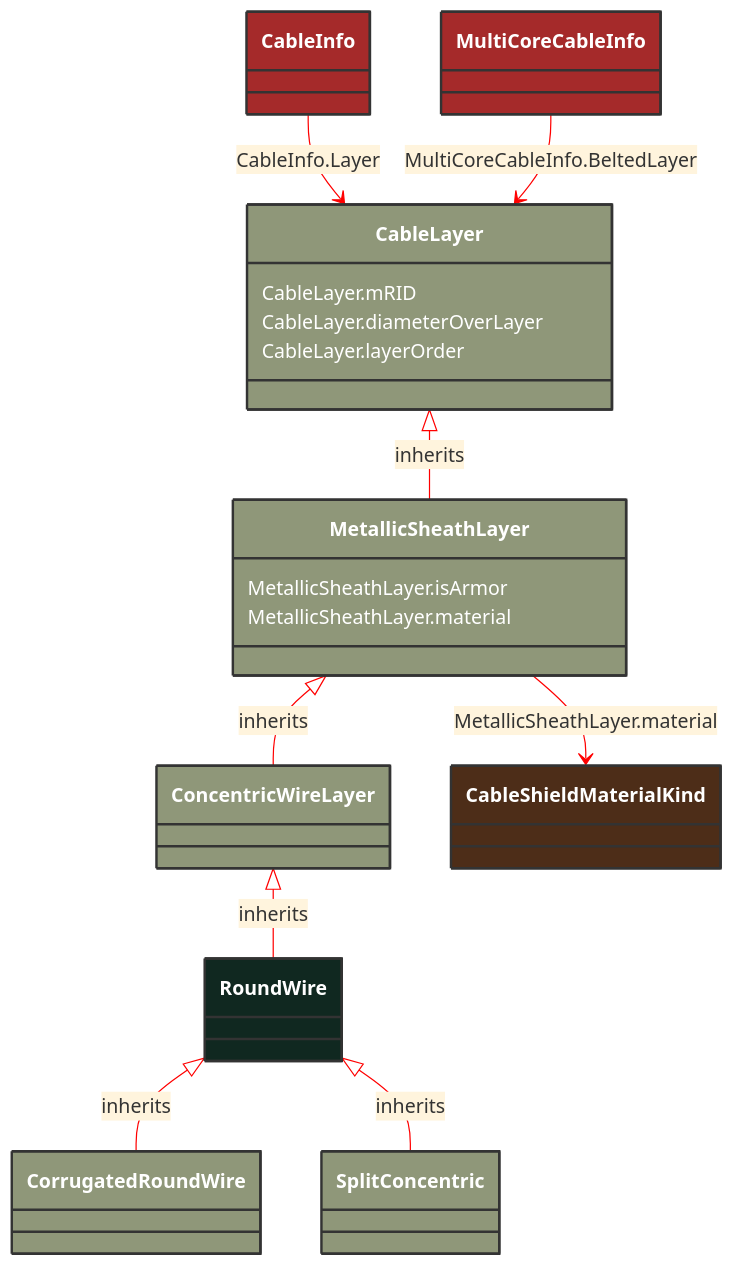
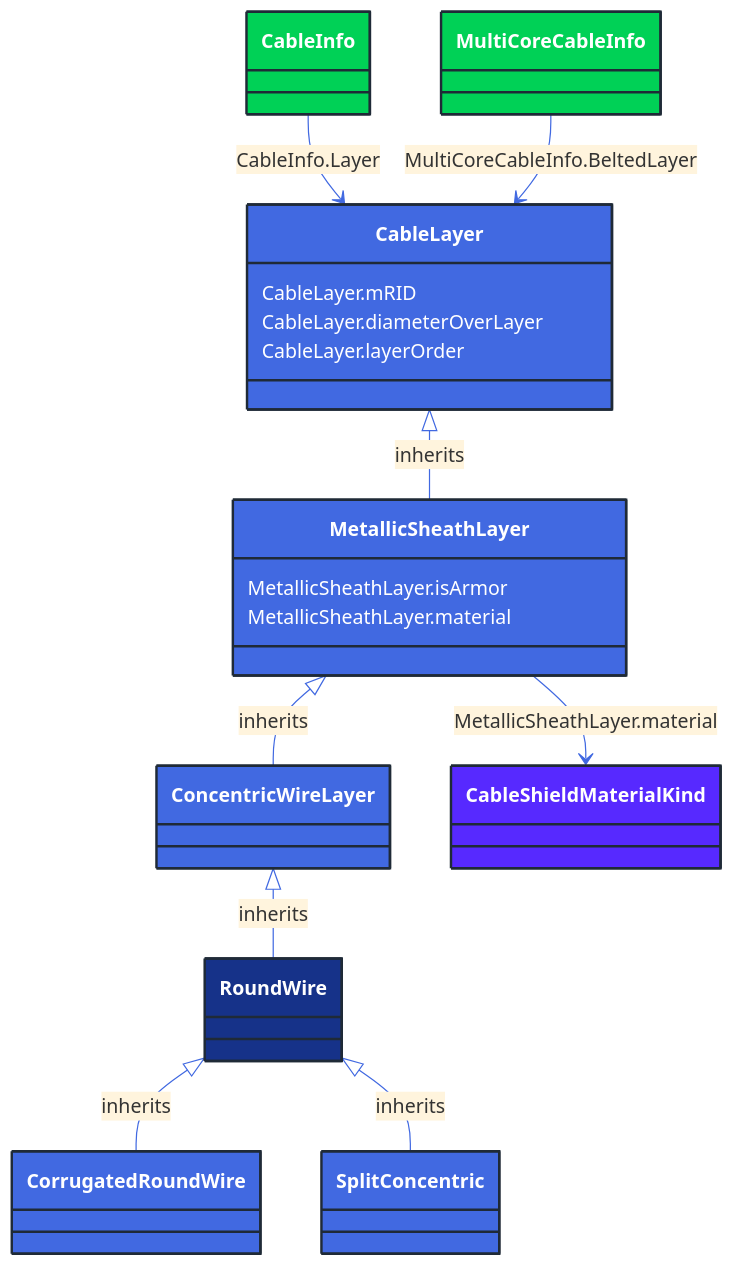
The diagram in docs/Models/Profiles/SubseaCableInfo/ConcreteClasses/RoundWire.md (3lbits/NoCIMExtensions), drawn with Mermaid before and after one commit. The commit also changed 362 other files, not shown here.

First line of the commit message:
Update diagrams and styles for improved visual consistency

````diff
--- a/docs/Models/Profiles/SubseaCableInfo/ConcreteClasses/RoundWire.md
+++ b/docs/Models/Profiles/SubseaCableInfo/ConcreteClasses/RoundWire.md
@@ -8,56 +8,56 @@
 ```mermaid
-%%{init: {'theme':'base','themeVariables': {'lineColor': '#FF0000'}}}%%
+%%{init: {'theme':'base','themeVariables': {'lineColor': '#4169E1'}}}%%
 classDiagram
     class RoundWire
     click RoundWire href "/Models/Profiles/SubseaCableInfo/ConcreteClasses/RoundWire/"
-    style RoundWire fill:#102820,stroke:#333,stroke-width:2px,rx:10,ry:10,color:white
+    style RoundWire fill:#163289,stroke:#1F2A37,stroke-width:2px,rx:10,ry:10,color:white
 
         RoundWire <|-- CorrugatedRoundWire : inherits
 
         CorrugatedRoundWire
             click CorrugatedRoundWire href "/Models/Profiles/SubseaCableInfo/ConcreteClasses/CorrugatedRoundWire/"
-            style CorrugatedRoundWire fill:#8F9779,stroke:#333,stroke-width:2px,rx:10,ry:10,color:white
+            style CorrugatedRoundWire fill:#4169E1,stroke:#1F2A37,stroke-width:2px,rx:10,ry:10,color:white
 
         RoundWire <|-- SplitConcentric : inherits
 
         SplitConcentric
             click SplitConcentric href "/Models/Profiles/SubseaCableInfo/ConcreteClasses/SplitConcentric/"
-            style SplitConcentric fill:#8F9779,stroke:#333,stroke-width:2px,rx:10,ry:10,color:white
+            style SplitConcentric fill:#4169E1,stroke:#1F2A37,stroke-width:2px,rx:10,ry:10,color:white
      
         ConcentricWireLayer <|-- RoundWire : inherits
             click ConcentricWireLayer href "/Models/Profiles/SubseaCableInfo/ConcreteClasses/ConcentricWireLayer/"
-            style ConcentricWireLayer fill:#8F9779,stroke:#333,stroke-width:2px,rx:10,ry:10,color:white
+            style ConcentricWireLayer fill:#4169E1,stroke:#1F2A37,stroke-width:2px,rx:10,ry:10,color:white
      
         MetallicSheathLayer <|-- ConcentricWireLayer : inherits
             click MetallicSheathLayer href "/Models/Profiles/SubseaCableInfo/ConcreteClasses/MetallicSheathLayer/"
-            style MetallicSheathLayer fill:#8F9779,stroke:#333,stroke-width:2px,rx:10,ry:10,color:white
+            style MetallicSheathLayer fill:#4169E1,stroke:#1F2A37,stroke-width:2px,rx:10,ry:10,color:white
      
         CableLayer <|-- MetallicSheathLayer : inherits
             click CableLayer href "/Models/Profiles/SubseaCableInfo/AbstractClasses/CableLayer/"
-            style CableLayer fill:#8F9779,stroke:#333,stroke-width:2px,rx:10,ry:10,color:white
+            style CableLayer fill:#4169E1,stroke:#1F2A37,stroke-width:2px,rx:10,ry:10,color:white
 
 
         CableInfo --> CableLayer : CableInfo.Layer
 
         CableInfo
             click CableInfo href "/Models/Profiles/SubseaCableInfo/ConcreteClasses/CableInfo/"
-            style CableInfo fill:#A52A2A,stroke:#333,stroke-width:2px,rx:10,ry:10,color:white
+            style CableInfo fill:#00D156,stroke:#1F2A37,stroke-width:2px,rx:10,ry:10,color:white
 
         MultiCoreCableInfo --> CableLayer : MultiCoreCableInfo.BeltedLayer
 
         MultiCoreCableInfo
             click MultiCoreCableInfo href "/Models/Profiles/SubseaCableInfo/ConcreteClasses/MultiCoreCableInfo/"
-            style MultiCoreCableInfo fill:#A52A2A,stroke:#333,stroke-width:2px,rx:10,ry:10,color:white
+            style MultiCoreCableInfo fill:#00D156,stroke:#1F2A37,stroke-width:2px,rx:10,ry:10,color:white
 
         MetallicSheathLayer --> CableShieldMaterialKind : MetallicSheathLayer.material
 
         CableShieldMaterialKind
             click CableShieldMaterialKind href "/Models/Profiles/SubseaCableInfo/Enumerations/CableShieldMaterialKind/"
-            style CableShieldMaterialKind fill:#4D2D18,stroke:#333,stroke-width:2px,rx:10,ry:10,color:white
+            style CableShieldMaterialKind fill:#5729FF,stroke:#1F2A37,stroke-width:2px,rx:10,ry:10,color:white
 
         MetallicSheathLayer : MetallicSheathLayer.isArmor
         MetallicSheathLayer : MetallicSheathLayer.material
         CableLayer : CableLayer.mRID
         CableLayer : CableLayer.diameterOverLayer
         CableLayer : CableLayer.layerOrder
 ```
````
